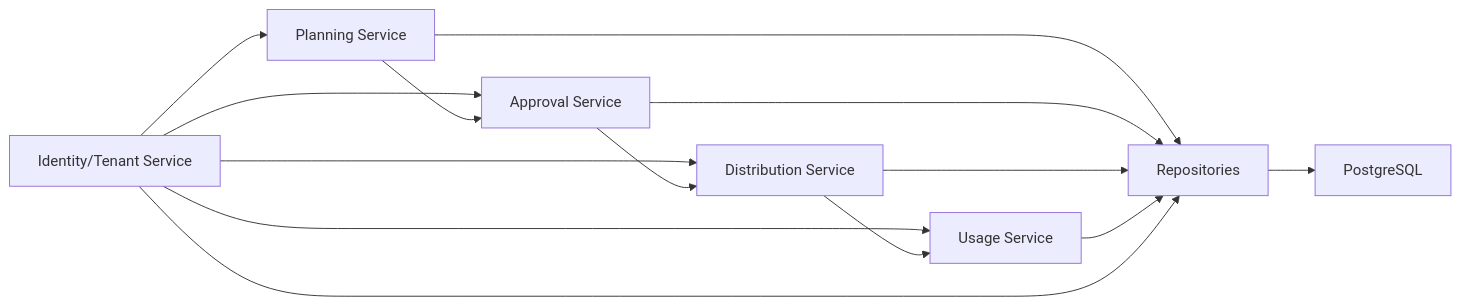
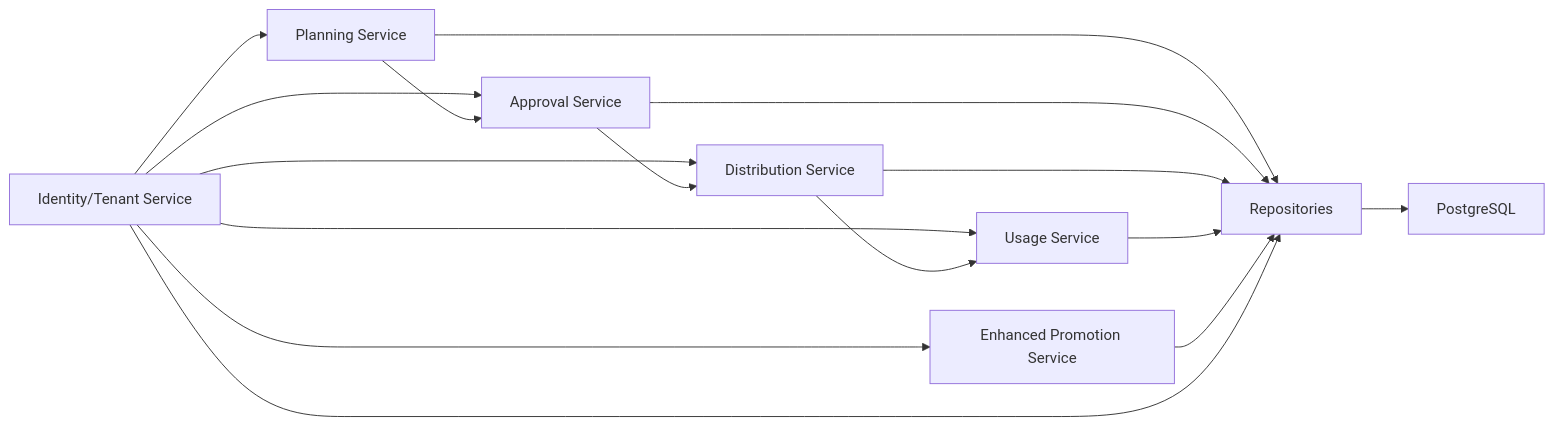
Before and after one commit to lamhongbac/NonCash: the tenth of 10 diagrams in .qoder/repowiki/en/content/Core Services Implementation/Core Services Implementation.md, drawn with Mermaid. The commit also changed other lines of this file and 53 other files, not shown here.

````diff
--- a/.qoder/repowiki/en/content/Core Services Implementation/Core Services Implementation.md
+++ b/.qoder/repowiki/en/content/Core Services Implementation/Core Services Implementation.md
@@ -365,16 +470,18 @@
 ```mermaid
 graph LR
 IDT["Identity/Tenant Service"] --> PLAN["Planning Service"]
 IDT --> APPROVAL["Approval Service"]
 IDT --> DIST["Distribution Service"]
 IDT --> USAGE["Usage Service"]
+IDT --> PROMO["Enhanced Promotion Service"]
 PLAN --> APPROVAL
 APPROVAL --> DIST
 DIST --> USAGE
 PLAN --> REPO["Repositories"]
 APPROVAL --> REPO
 DIST --> REPO
 USAGE --> REPO
+PROMO --> REPO
 IDT --> REPO
 REPO --> DB["PostgreSQL"]
 ```
````
